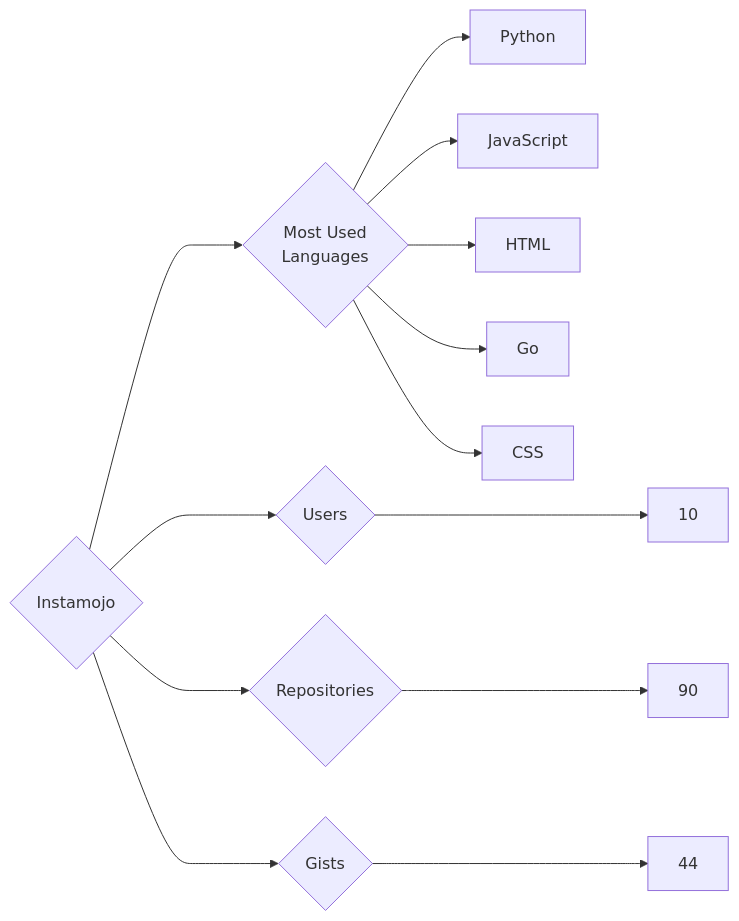
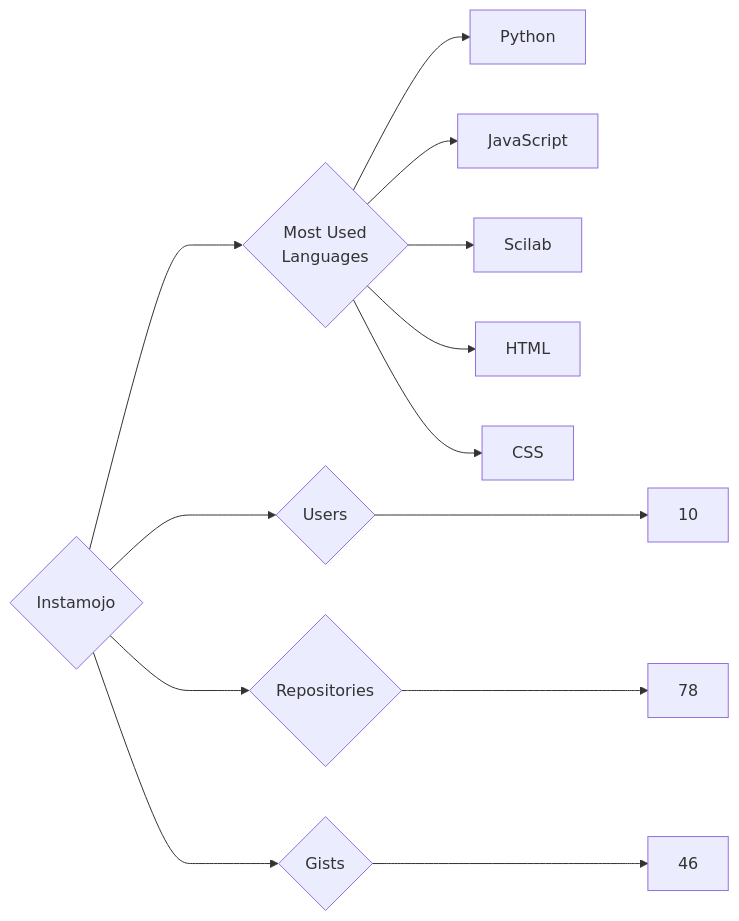
Before and after one commit to trickest/insiders: the diagram in targets/Instamojo/README.md, drawn with Mermaid. The commit also changed 610 other files, not shown here.

````diff
--- a/targets/Instamojo/README.md
+++ b/targets/Instamojo/README.md
@@ -3,13 +3,13 @@
 ```mermaid
 graph LR
 COMPANY_NAME{Instamojo}
 COMPANY_NAME ---> U{Users} ---> UN[10]
-COMPANY_NAME ---> R{Repositories} ---> RN[90]
-COMPANY_NAME ---> G{Gists} ---> GN[44]
+COMPANY_NAME ---> R{Repositories} ---> RN[78]
+COMPANY_NAME ---> G{Gists} ---> GN[46]
 COMPANY_NAME ---> ML{Most Used<br>Languages}
 ML --> Python[Python]
 ML --> JavaScript[JavaScript]
+ML --> Scilab[Scilab]
 ML --> HTML[HTML]
-ML --> Go[Go]
 ML --> CSS[CSS]
 ```
````
